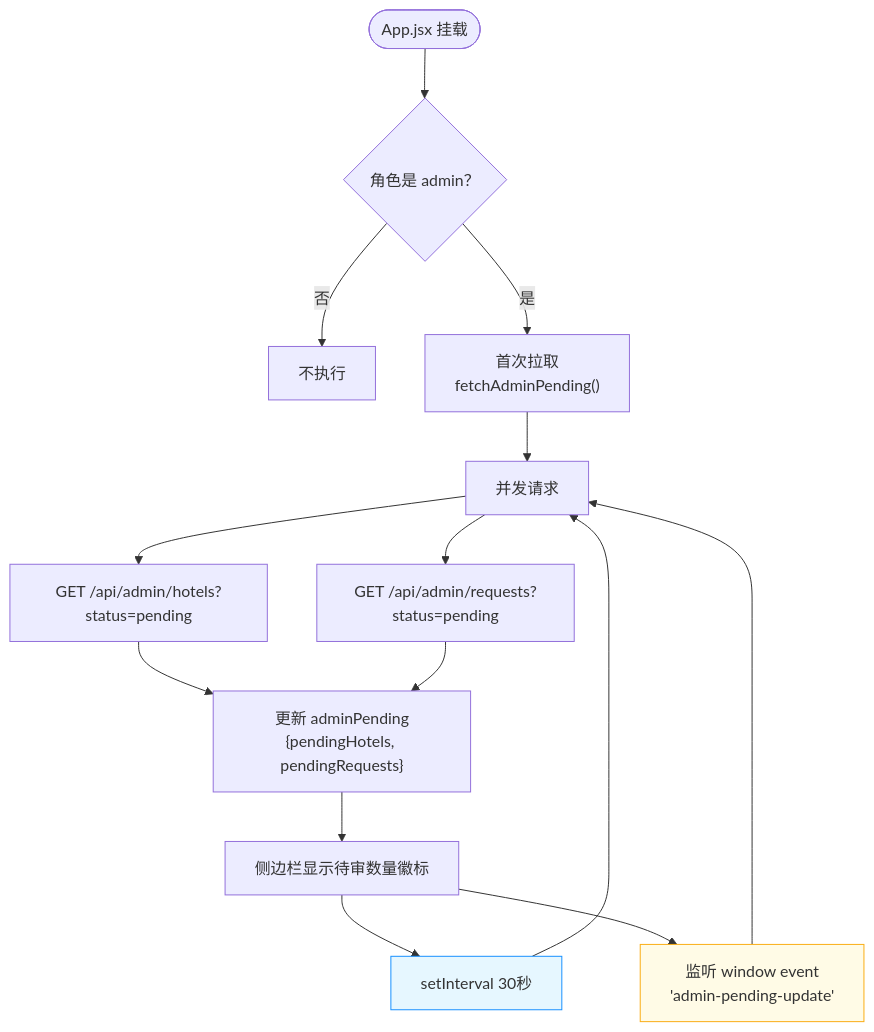
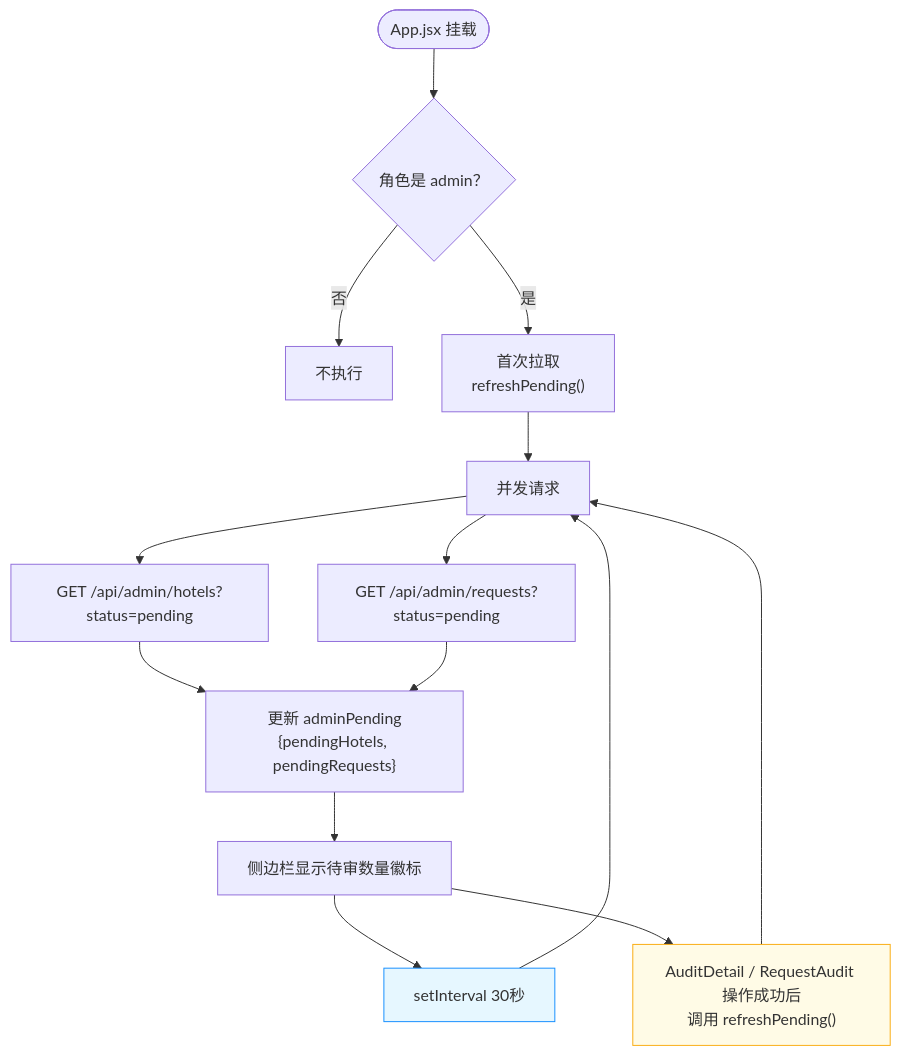
Before and after one commit to chendingya/EaseStay: diagram 14 of 14 in docs/admin/admin-business-flow.md, drawn with Mermaid. The commit also changed other lines of this file and 4 other files, not shown here.

````diff
--- a/docs/admin/admin-business-flow.md
+++ b/docs/admin/admin-business-flow.md
@@ -413,25 +413,25 @@
 ```mermaid
 flowchart TD
     Start([App.jsx 挂载]) --> CheckRole{角色是 admin？}
 
     CheckRole -->|否| Skip[不执行]
-    CheckRole -->|是| InitFetch["首次拉取<br/>fetchAdminPending()"]
+    CheckRole -->|是| InitFetch["首次拉取<br/>refreshPending()"]
 
     InitFetch --> ParallelReq["并发请求"]
     ParallelReq --> FetchHotels["GET /api/admin/hotels?status=pending"]
     ParallelReq --> FetchRequests["GET /api/admin/requests?status=pending"]
 
     FetchHotels --> UpdateState["更新 adminPending<br/>{pendingHotels, pendingRequests}"]
     FetchRequests --> UpdateState
 
     UpdateState --> ShowBadge["侧边栏显示待审数量徽标"]
 
     ShowBadge --> Timer["setInterval 30秒"]
     Timer --> ParallelReq
 
-    ShowBadge --> ListenEvent["监听 window event<br/>'admin-pending-update'"]
-    ListenEvent --> ParallelReq
+    ShowBadge --> TriggerRefresh["AuditDetail / RequestAudit 操作成功后<br/>调用 refreshPending()"]
+    TriggerRefresh --> ParallelReq
 
     style Timer fill:#e6f7ff,stroke:#1890ff
-    style ListenEvent fill:#fffbe6,stroke:#faad14
+    style TriggerRefresh fill:#fffbe6,stroke:#faad14
 ```
````
